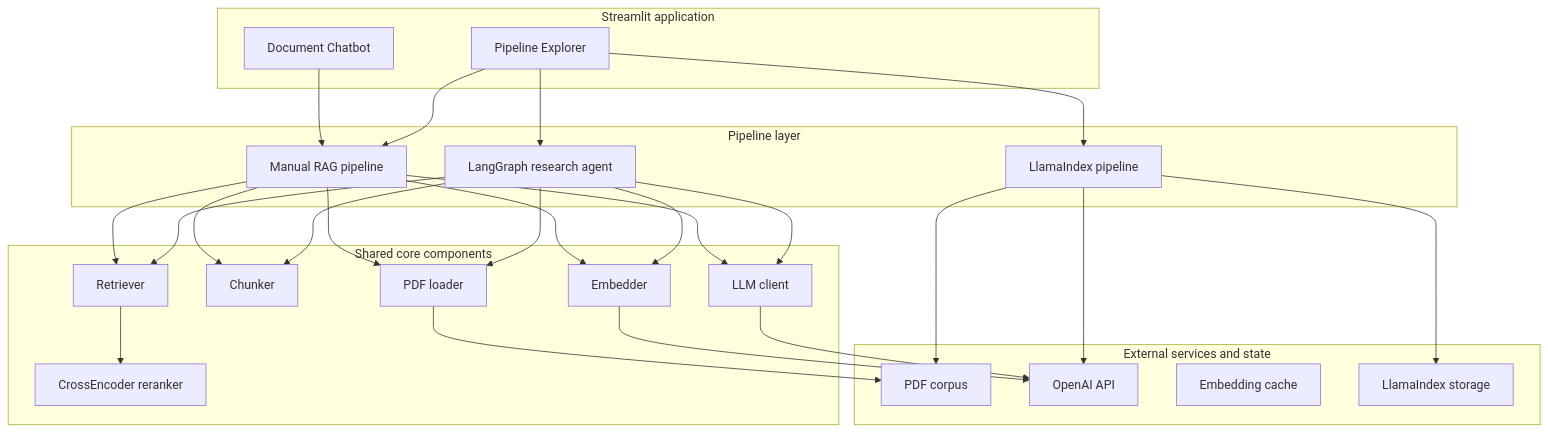
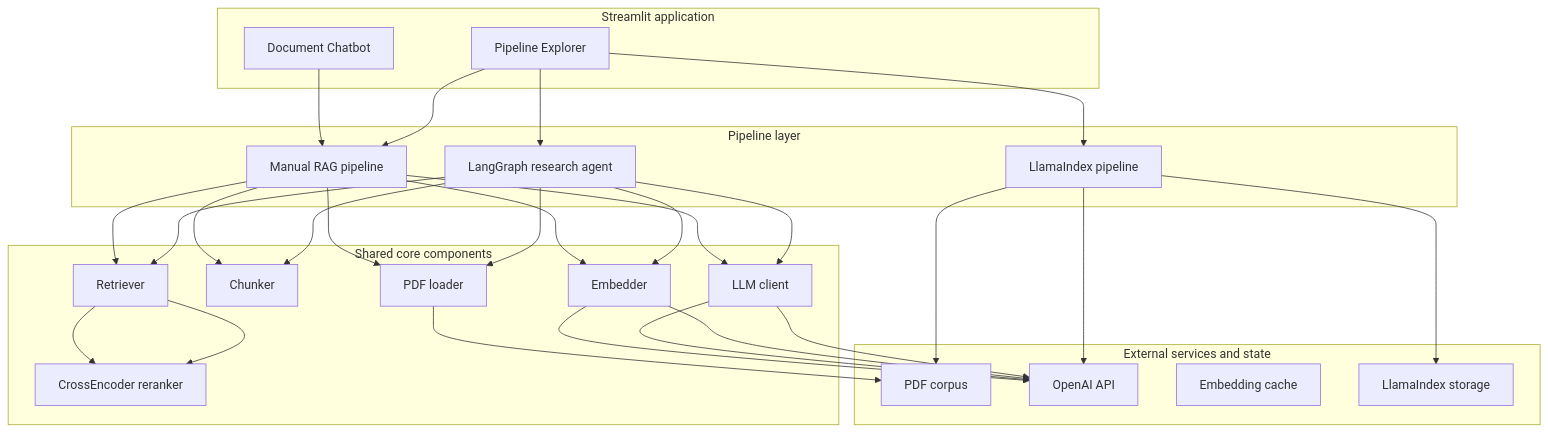
One commit to 4nechoic-hub/rag-llm-workflow changed the diagram in README.md. Above: the diagram before and after it, drawn with Mermaid. The commit also changed other lines of this file, not shown here.

````diff
--- a/README.md
+++ b/README.md
@@ -127,50 +127,50 @@
 ```mermaid
 flowchart TB
     subgraph UI[Streamlit application]
         chat[Document Chatbot]
         explore[Pipeline Explorer]
     end
 
     subgraph Pipelines[Pipeline layer]
         manual[Manual RAG pipeline]
         langgraph[LangGraph research agent]
         llama[LlamaIndex pipeline]
     end
 
     subgraph Core[Shared core components]
         pdf[PDF loader]
         chunk[Chunker]
         embed[Embedder]
         retrieve[Retriever]
         rerank[CrossEncoder reranker]
         llm[LLM client]
     end
 
     subgraph Storage[External services and state]
         docs[PDF corpus]
         openai[OpenAI API]
         cache[Embedding cache]
         li[LlamaIndex storage]
     end
 
     chat --> manual
     explore --> manual
     explore --> langgraph
     explore --> llama
 
     manual --> pdf --> docs
     manual --> chunk
     manual --> embed --> openai
     manual --> retrieve --> rerank
     manual --> llm --> openai
 
     langgraph --> pdf
     langgraph --> chunk
-    langgraph --> embed
-    langgraph --> retrieve
-    langgraph --> llm
+    langgraph --> embed --> openai
+    langgraph --> retrieve --> rerank
+    langgraph --> llm --> openai
 
     llama --> docs
     llama --> openai
     llama --> li
 ```
````
